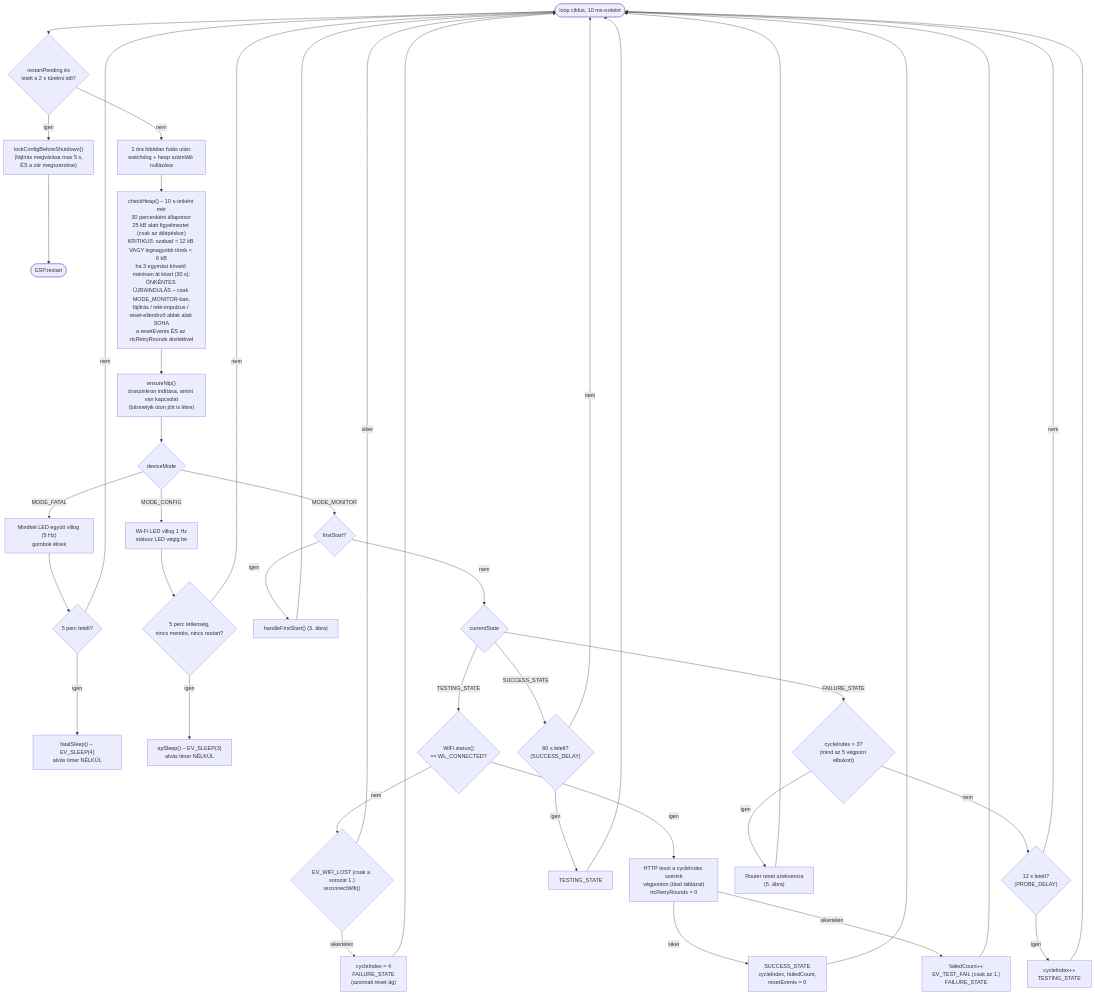
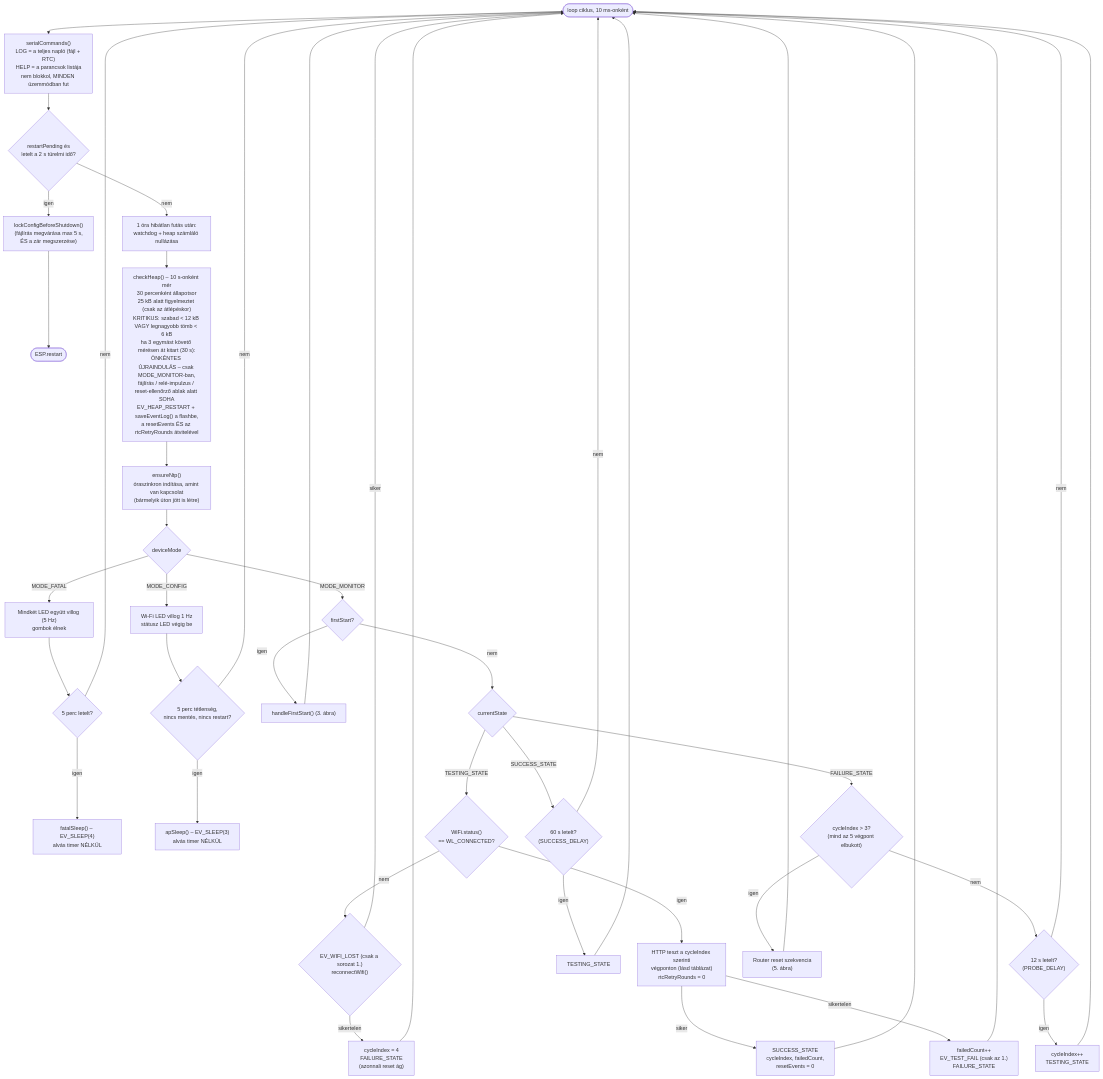
One commit to manszabi/bazsi-router-reboot changed the fourth of 9 diagrams in FOLYAMATABRA.md. Above: the diagram before and after it, drawn with Mermaid. The commit also changed other lines of this file and 3 other files, not shown here.

````diff
--- a/FOLYAMATABRA.md
+++ b/FOLYAMATABRA.md
@@ -122,36 +124,37 @@
 ```mermaid
 flowchart TD
-    L([loop ciklus, 10 ms-onként]) --> RP{"restartPending és<br>letelt a 2 s türelmi idő?"}
+    L([loop ciklus, 10 ms-onként]) --> SER["serialCommands()<br>LOG = a teljes napló (fájl + RTC)<br>HELP = a parancsok listája<br>nem blokkol, MINDEN üzemmódban fut"]
+    SER --> RP{"restartPending és<br>letelt a 2 s türelmi idő?"}
     RP -->|igen| WFW["lockConfigBeforeShutdown()<br>(fájlírás megvárása max 5 s,<br>ÉS a zár megszerzése)"] --> RS([ESP.restart])
     RP -->|nem| WDC0["1 óra hibátlan futás után:<br>watchdog + heap számláló nullázása"]
-    WDC0 --> HEAP["checkHeap() – 10 s-onként mér<br>30 percenként állapotsor<br>25 kB alatt figyelmeztet (csak az átlépéskor)<br>KRITIKUS: szabad &lt; 12 kB VAGY legnagyobb tömb &lt; 6 kB<br>ha 3 egymást követő mérésen át kitart (30 s):<br>ÖNKÉNTES ÚJRAINDULÁS – csak MODE_MONITOR-ban,<br>fájlírás / relé-impulzus / reset-ellenőrző ablak alatt SOHA<br>a resetEvents ÉS az rtcRetryRounds átvitelével"]
+    WDC0 --> HEAP["checkHeap() – 10 s-onként mér<br>30 percenként állapotsor<br>25 kB alatt figyelmeztet (csak az átlépéskor)<br>KRITIKUS: szabad &lt; 12 kB VAGY legnagyobb tömb &lt; 6 kB<br>ha 3 egymást követő mérésen át kitart (30 s):<br>ÖNKÉNTES ÚJRAINDULÁS – csak MODE_MONITOR-ban,<br>fájlírás / relé-impulzus / reset-ellenőrző ablak alatt SOHA<br>EV_HEAP_RESTART + saveEventLog() a flashbe,<br>a resetEvents ÉS az rtcRetryRounds átvitelével"]
     HEAP --> NTP["ensureNtp()<br>óraszinkron indítása, amint van kapcsolat<br>(bármelyik úton jött is létre)"]
     NTP --> MODE{deviceMode}
     MODE -->|MODE_FATAL| FB["Mindkét LED együtt villog (5 Hz)<br>gombok élnek"] --> F5{"5 perc letelt?"}
     F5 -->|igen| FSL["fatalSleep() – EV_SLEEP(4)<br>alvás timer NÉLKÜL"]
     F5 -->|nem| L
     MODE -->|MODE_CONFIG| APB["Wi-Fi LED villog 1 Hz<br>státusz LED végig be"] --> APT{"5 perc tétlenség,<br>nincs mentés, nincs restart?"}
     APT -->|igen| ASL["apSleep() – EV_SLEEP(3)<br>alvás timer NÉLKÜL"]
     APT -->|nem| L
     MODE -->|MODE_MONITOR| FST{firstStart?}
     FST -->|igen| HFS["handleFirstStart() (3. ábra)"] --> L
     FST -->|nem| SM{currentState}
 
     SM -->|TESTING_STATE| WL{"WiFi.status()<br>== WL_CONNECTED?"}
     WL -->|nem| RC{"EV_WIFI_LOST (csak a sorozat 1.)<br>reconnectWifi()"}
     RC -->|siker| L
     RC -->|sikertelen| FRC["cycleIndex = 4<br>FAILURE_STATE<br>(azonnali reset ág)"] --> L
     WL -->|igen| TEST["HTTP teszt a cycleIndex szerinti<br>végponton (lásd táblázat)<br>rtcRetryRounds = 0"]
     TEST -->|siker| SUC["SUCCESS_STATE<br>cycleIndex, failedCount,<br>resetEvents = 0"] --> L
     TEST -->|sikertelen| FAI["failedCount++<br>EV_TEST_FAIL (csak az 1.)<br>FAILURE_STATE"] --> L
 
     SM -->|SUCCESS_STATE| SD{"60 s letelt?<br>(SUCCESS_DELAY)"}
     SD -->|igen| BT["TESTING_STATE"] --> L
     SD -->|nem| L
 
     SM -->|FAILURE_STATE| CI{"cycleIndex > 3?<br>(mind az 5 végpont elbukott)"}
     CI -->|nem| PD{"12 s letelt?<br>(PROBE_DELAY)"}
     PD -->|igen| NEXT["cycleIndex++<br>TESTING_STATE"] --> L
     PD -->|nem| L
     CI -->|igen| RESET["Router reset szekvencia<br>(5. ábra)"] --> L
 ```
````
